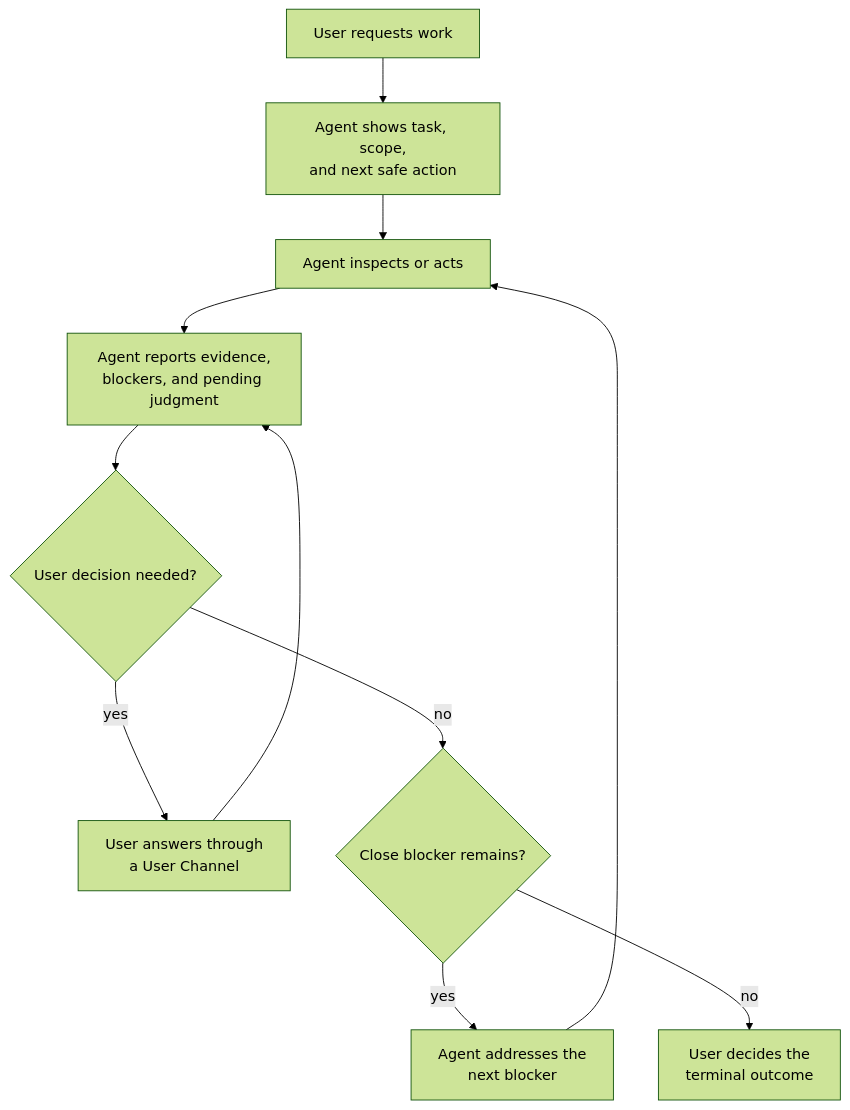
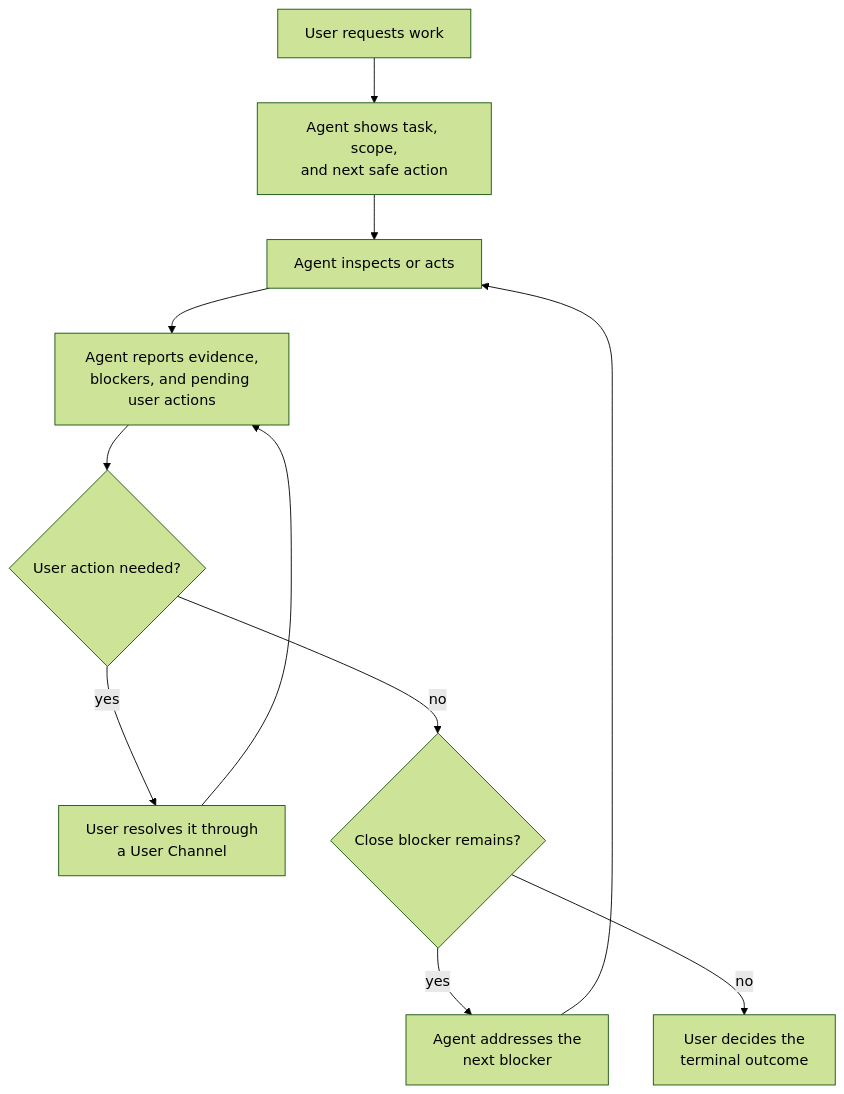
One commit to minjungw00/Volicord changed the second of 2 diagrams in README.md. Above: the diagram before and after it, drawn with Mermaid (forest theme). The commit also changed other lines of this file and 233 other files, not shown here.

Commit message:
feat(user-action): unify user-owned request resolution

````diff
--- a/README.md
+++ b/README.md
@@ -149,18 +149,18 @@
 ```mermaid
 flowchart TD
   request["User requests work"]
   boundary["Agent shows task, scope,<br/>and next safe action"]
   action["Agent inspects or acts"]
-  status["Agent reports evidence,<br/>blockers, and pending judgment"]
-  judgment{"User decision needed?"}
-  answer["User answers through<br/>a User Channel"]
+  status["Agent reports evidence,<br/>blockers, and pending user actions"]
+  judgment{"User action needed?"}
+  answer["User resolves it through<br/>a User Channel"]
   close{"Close blocker remains?"}
   continue["Agent addresses the<br/>next blocker"]
   finish["User decides the<br/>terminal outcome"]
 
   request --> boundary --> action --> status --> judgment
   judgment -- yes --> answer --> status
   judgment -- no --> close
   close -- yes --> continue --> action
   close -- no --> finish
 ```
````
